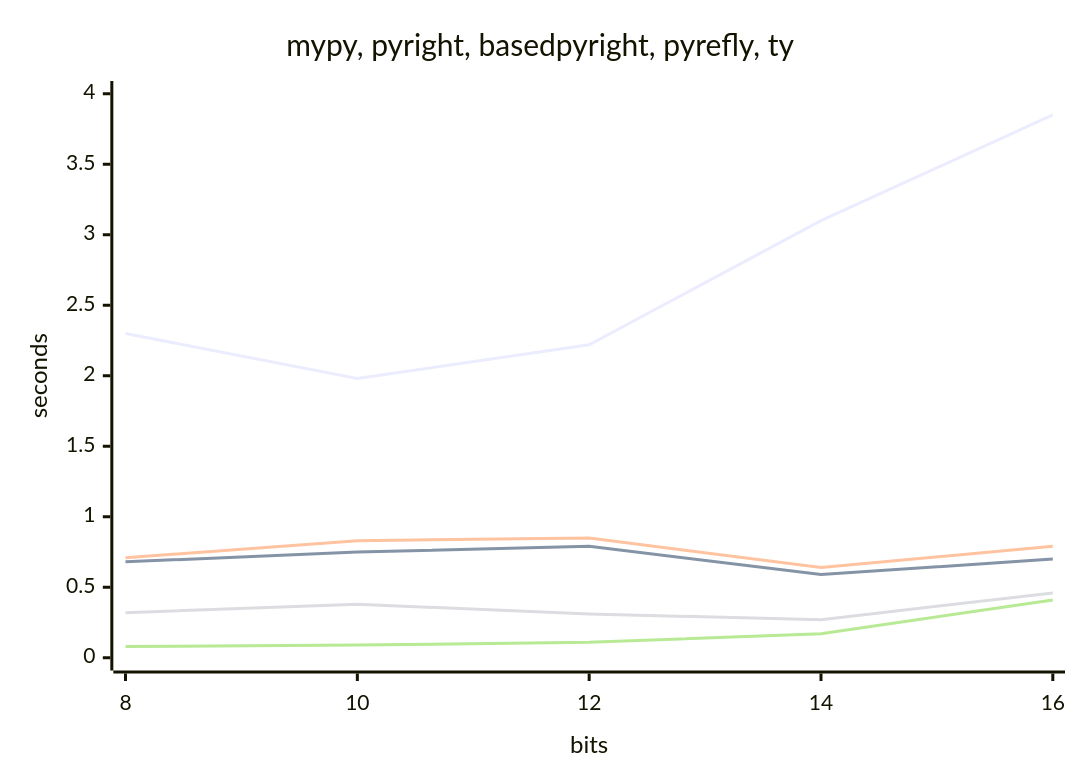
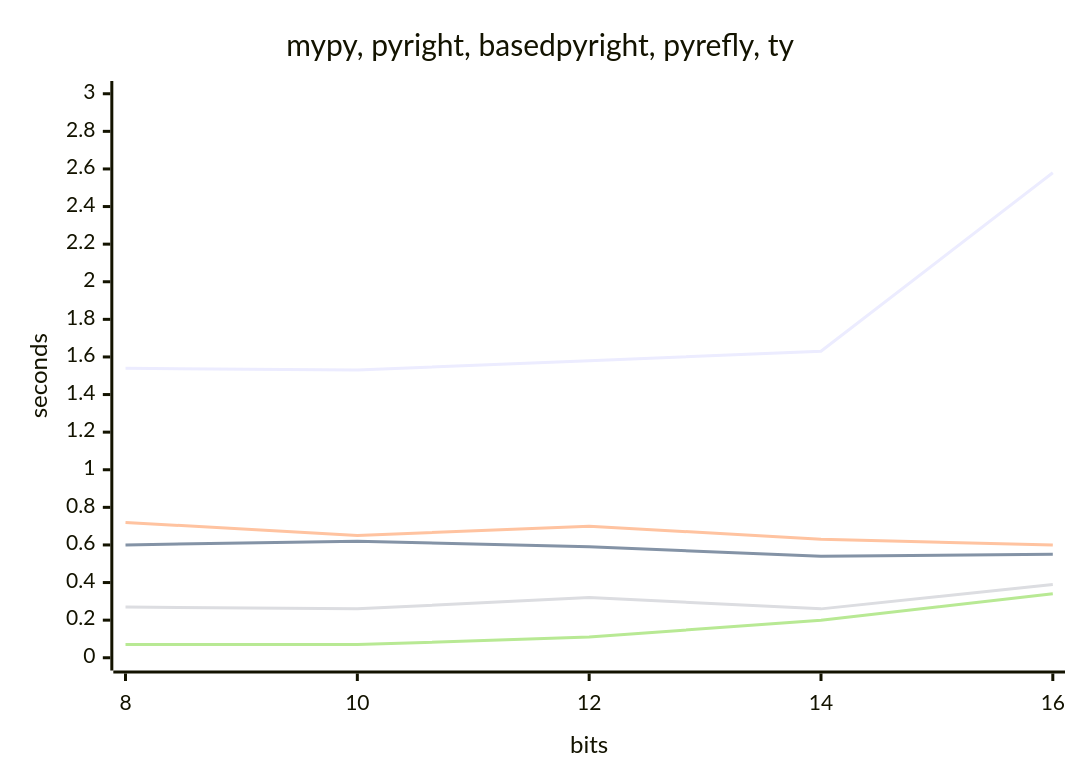
The third of 4 diagrams in README.md (JPHutchins/types-bits), drawn with Mermaid before and after one commit. The commit also changed other lines of this file and 7 other files, not shown here.

````diff
--- a/README.md
+++ b/README.md
@@ -64,11 +64,11 @@
 ```mermaid
 xychart-beta
     title "mypy, pyright, basedpyright, pyrefly, ty"
     x-axis "bits" [8, 10, 12, 14, 16]
-    y-axis "seconds" 0 --> 4
-    line [2.30, 1.98, 2.22, 3.10, 3.85]
-    line [0.68, 0.75, 0.79, 0.59, 0.70]
-    line [0.71, 0.83, 0.85, 0.64, 0.79]
-    line [0.32, 0.38, 0.31, 0.27, 0.46]
-    line [0.08, 0.09, 0.11, 0.17, 0.41]
+    y-axis "seconds" 0 --> 3
+    line [1.54, 1.53, 1.58, 1.63, 2.58]
+    line [0.60, 0.62, 0.59, 0.54, 0.55]
+    line [0.72, 0.65, 0.70, 0.63, 0.60]
+    line [0.27, 0.26, 0.32, 0.26, 0.39]
+    line [0.07, 0.07, 0.11, 0.20, 0.34]
 ```
````
